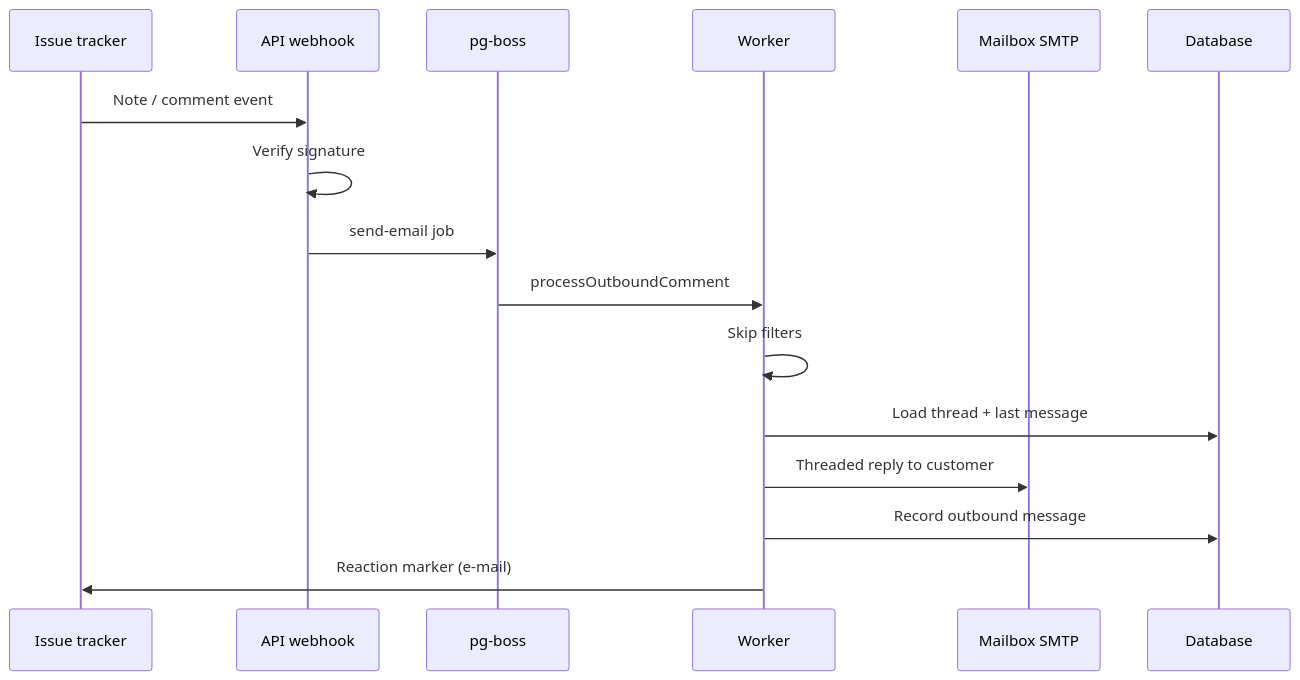
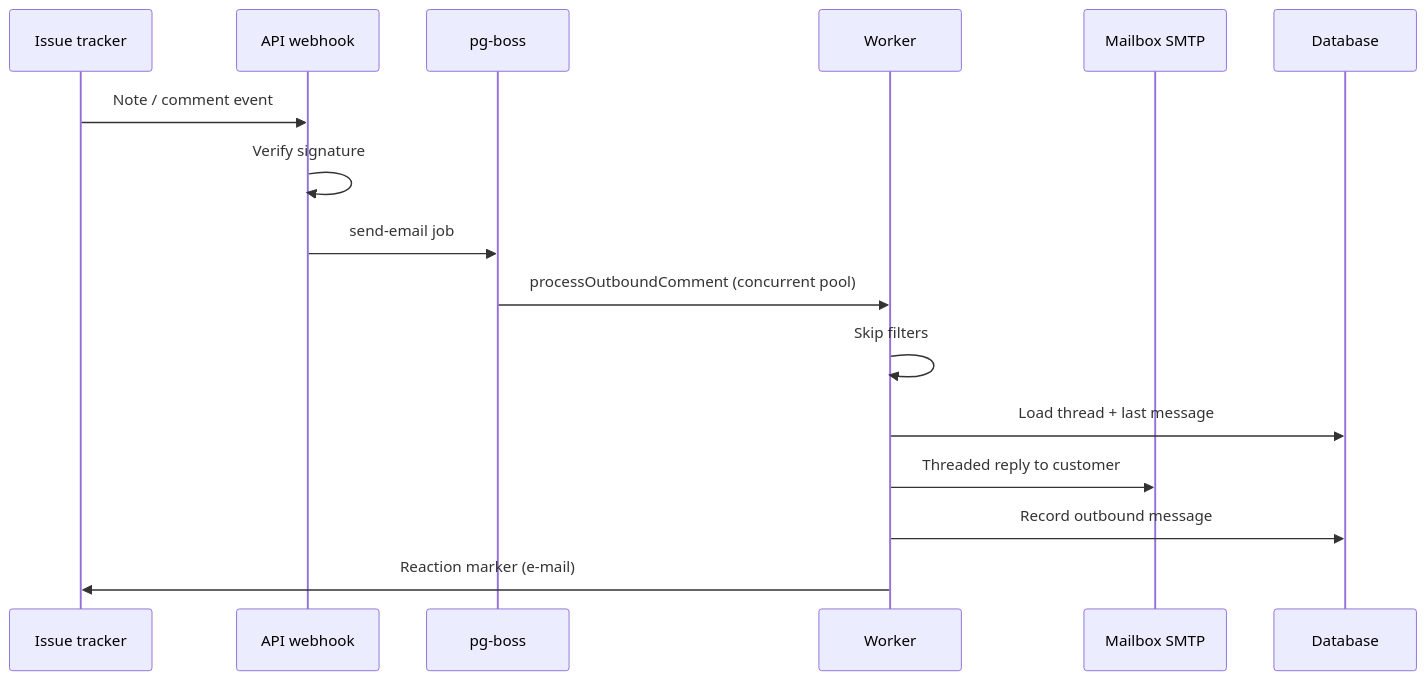
Before and after one commit to hongaar/servicebeard: the third of 3 diagrams in ARCHITECTURE.md, drawn with Mermaid. The commit also changed other lines of this file and 10 other files, not shown here.

````diff
--- a/ARCHITECTURE.md
+++ b/ARCHITECTURE.md
@@ -228,19 +256,19 @@
 ```mermaid
 sequenceDiagram
   participant Provider as Issue tracker
   participant API as API webhook
   participant Queue as pg-boss
   participant Worker as Worker
   participant SMTP as Mailbox SMTP
   participant DB as Database
 
   Provider->>API: Note / comment event
   API->>API: Verify signature
   API->>Queue: send-email job
-  Queue->>Worker: processOutboundComment
+  Queue->>Worker: processOutboundComment (concurrent pool)
   Worker->>Worker: Skip filters
   Worker->>DB: Load thread + last message
   Worker->>SMTP: Threaded reply to customer
   Worker->>DB: Record outbound message
   Worker->>Provider: Reaction marker (e-mail)
 ```
````
